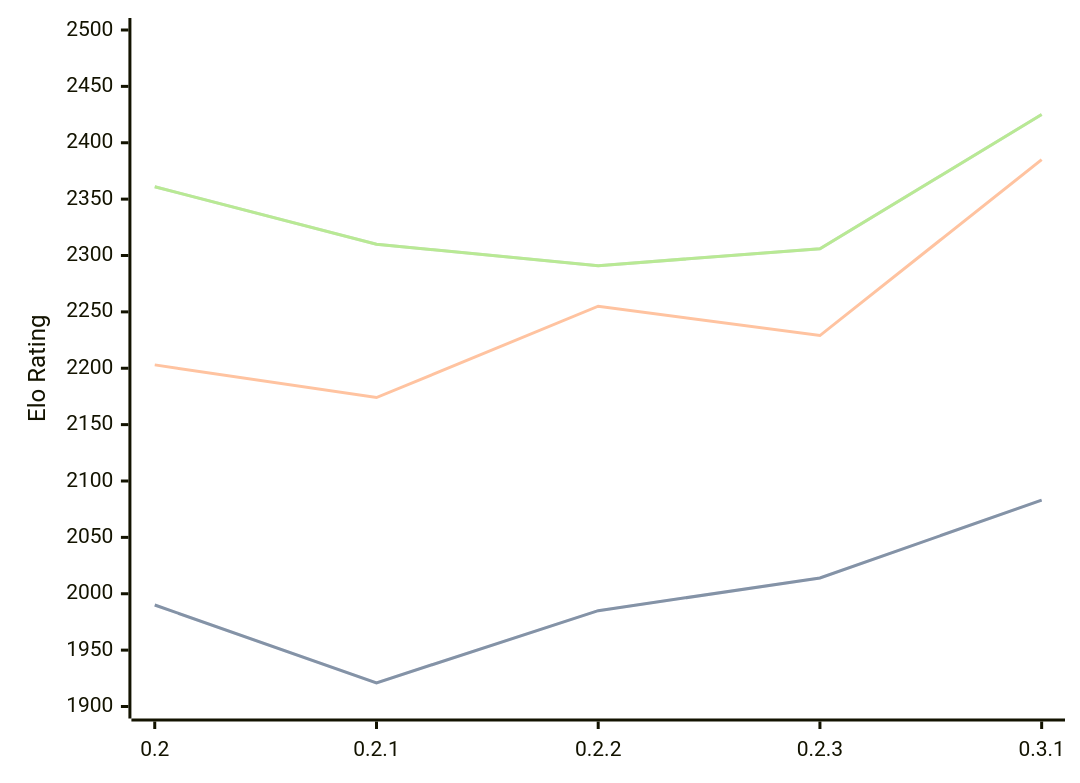
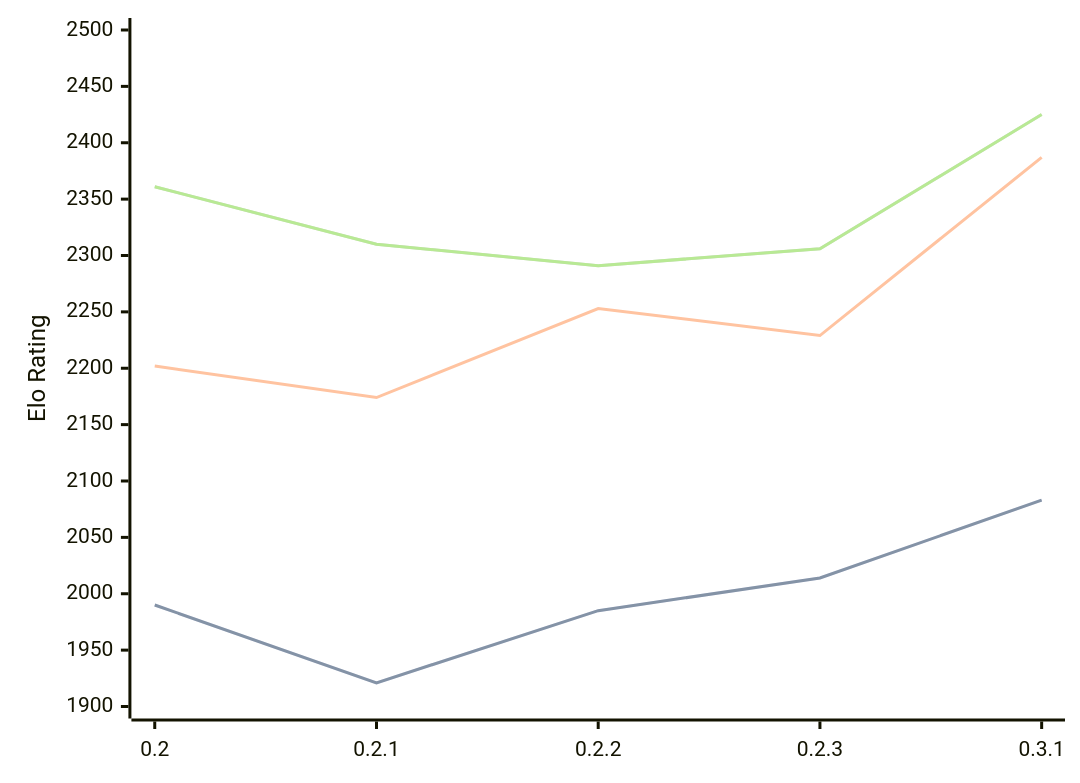
One commit to computer-chess-index/cci changed the first of 3 diagrams in engines/Lolbot.md. Above: the diagram before and after it, drawn with Mermaid. The commit also changed other lines of this file, not shown here.

````diff
--- a/engines/Lolbot.md
+++ b/engines/Lolbot.md
@@ -36,11 +36,11 @@
 ```mermaid
 %%{init: {"theme":"base","themeVariables":{"seriesColors:['#a3a3a3','#222221','#faa371']}}}%%
 xychart-beta
   x-axis ["0.2", "0.2.1", "0.2.2", "0.2.3", "0.3.1"]
   y-axis "Elo Rating" 1900 --> 2500
   line "STC (8.0+0.08s)" [1990, 1921, 1985, 2014, 2083]
   line "STC (8.0+0.08s)" [1990, 1921, 1985, 2014, 2083]
-  line "LTC (60.0+0.60s)" [2203, 2174, 2255, 2229, 2385]
+  line "LTC (60.0+0.60s)" [2202, 2174, 2253, 2229, 2387]
   line "VLTC (2m24s+1.12s)" [2361, 2310, 2291, 2306, 2425]
   line "VLTC (2m24s+1.12s)" [2361, 2310, 2291, 2306, 2425]
 ```
````
